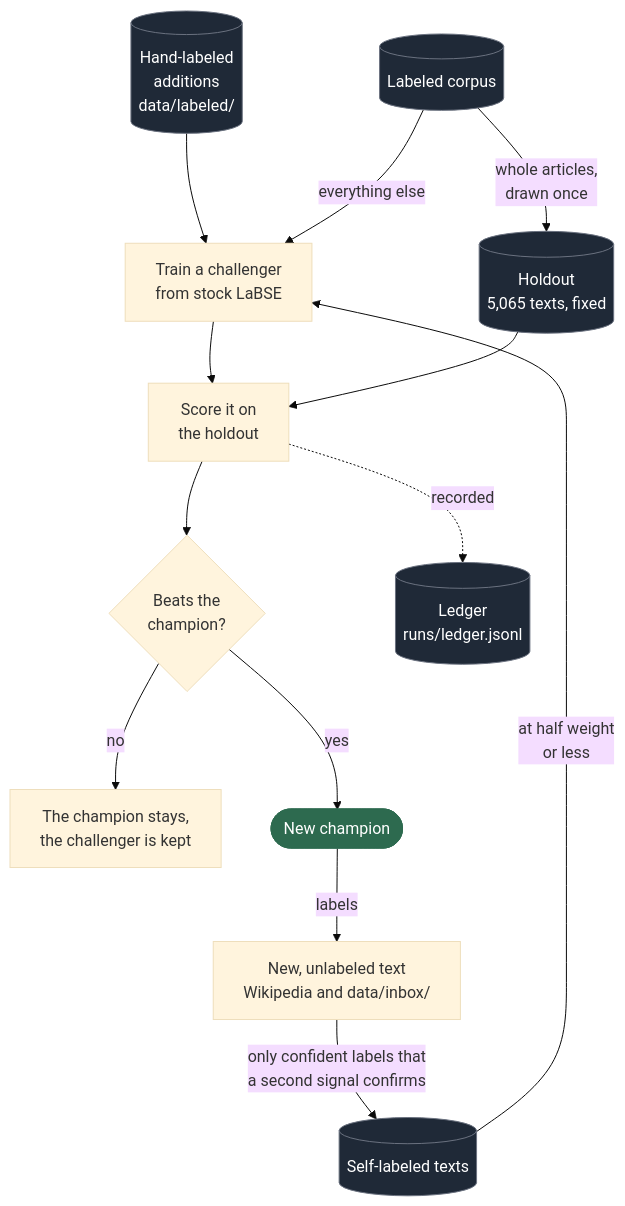
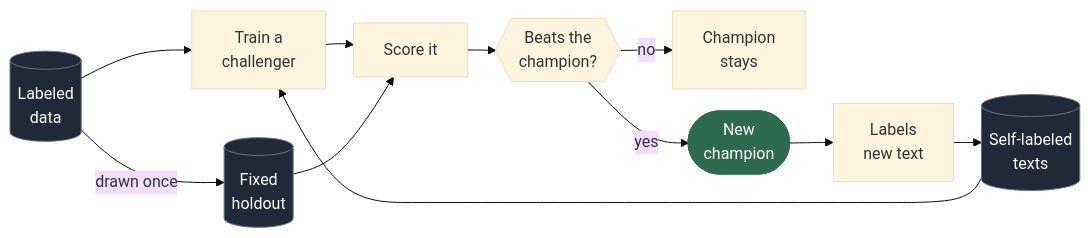
The first of 6 diagrams in README.md (LCapy/embedding-rhizome-classifier), drawn with Mermaid (base theme) before and after one commit. The commit also changed other lines of this file, not shown here.

Commit message:
docs: horizontal, compact training flowcharts in the README

````diff
--- a/README.md
+++ b/README.md
@@ -308,20 +308,19 @@
 ```mermaid
-flowchart TD
-    Hand[("Hand-labeled<br/>additions<br/>data/labeled/")] --> Train
-    Corpus[("Labeled corpus")] -->|"everything else"| Train["Train a challenger<br/>from stock LaBSE"]
-    Corpus -->|"whole articles,<br/>drawn once"| Holdout[("Holdout<br/>5,065 texts, fixed")]
-    Train --> Score["Score it on<br/>the holdout"]
+%%{init: {"flowchart": {"nodeSpacing": 22, "rankSpacing": 28}}}%%
+flowchart LR
+    Data[("Labeled<br/>data")] --> Train["Train a<br/>challenger"]
+    Data -->|"drawn once"| Holdout[("Fixed<br/>holdout")]
+    Train --> Score["Score it"]
     Holdout --> Score
-    Score --> Gate{"Beats the<br/>champion?"}
-    Score -.->|"recorded"| Ledger[("Ledger<br/>runs/ledger.jsonl")]
-    Gate -->|"no"| Keep["The champion stays,<br/>the challenger is kept"]
-    Gate -->|"yes"| Champion(["New champion"])
-    Champion -->|"labels"| New["New, unlabeled text<br/>Wikipedia and data/inbox/"]
-    New -->|"only confident labels that<br/>a second signal confirms"| Self[("Self-labeled texts")]
-    Self -->|"at half weight<br/>or less"| Train
+    Score --> Gate{{"Beats the<br/>champion?"}}
+    Gate -->|"no"| Keep["Champion<br/>stays"]
+    Gate -->|"yes"| Champion(["New<br/>champion"])
+    Champion --> New["Labels<br/>new text"]
+    New --> Self[("Self-labeled<br/>texts")]
+    Self --> Train
 
     classDef champion fill:#2d6a4f,color:#fff,stroke:#2d6a4f
     classDef store fill:#1f2937,color:#fff,stroke:#6b7280
     class Champion champion
-    class Corpus,Holdout,Hand,Ledger,Self store
+    class Data,Holdout,Self store
 ```
````
